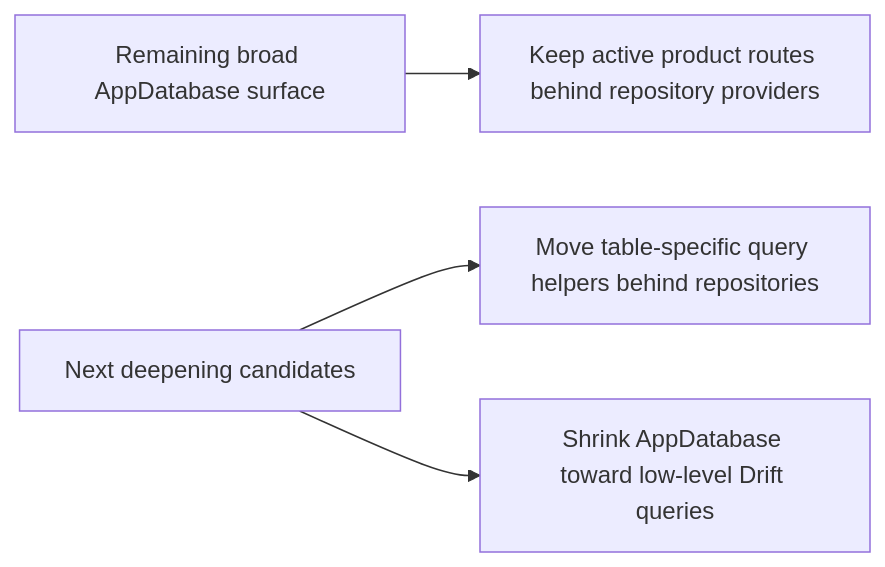
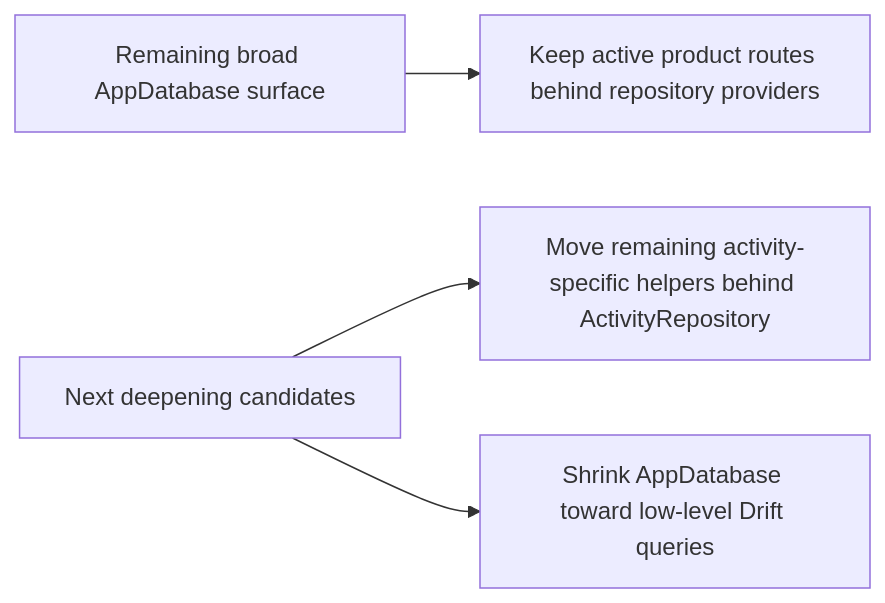
One commit to Guoyuer/eventTracker changed the fifth of 5 diagrams in docs/architecture/module-flow.md. Above: the diagram before and after it, drawn with Mermaid. The commit also changed 7 other files, not shown here.

Commit message:
Move repository queries out of app database

````diff
--- a/docs/architecture/module-flow.md
+++ b/docs/architecture/module-flow.md
@@ -116,9 +116,9 @@
 ```mermaid
 flowchart LR
   DirectDB["Remaining broad AppDatabase surface"]
   DirectDB --> Persistence["Keep active product routes behind repository providers"]
 
   Next["Next deepening candidates"]
-  Next --> Helpers["Move table-specific query helpers behind repositories"]
+  Next --> Helpers["Move remaining activity-specific helpers behind ActivityRepository"]
   Next --> Queries["Shrink AppDatabase toward low-level Drift queries"]
 ```
````
